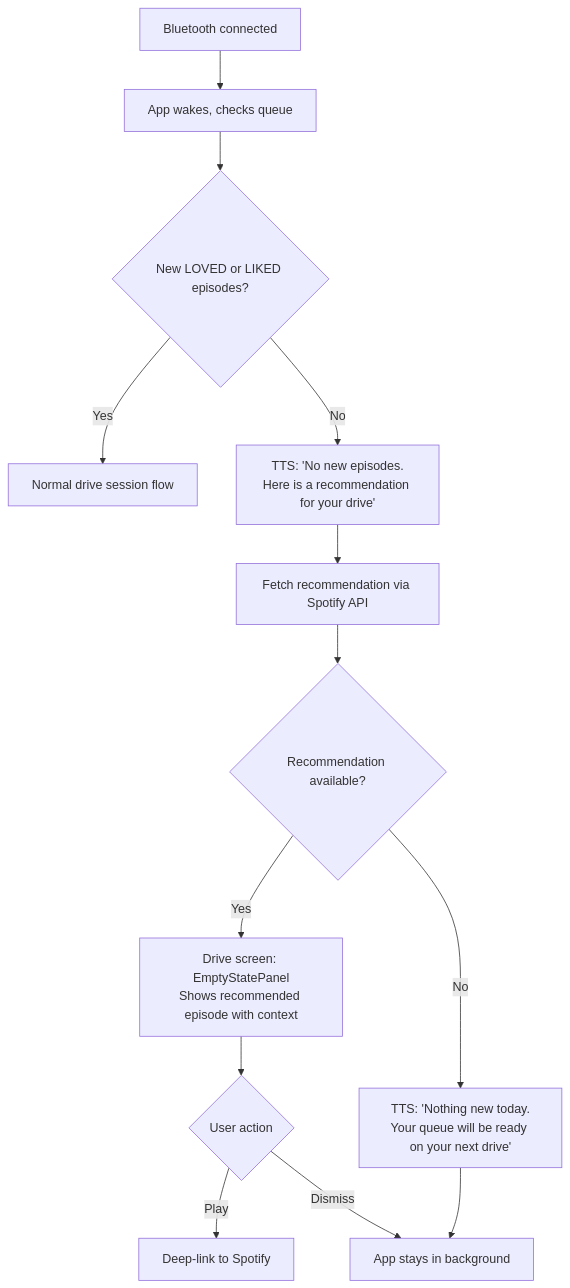
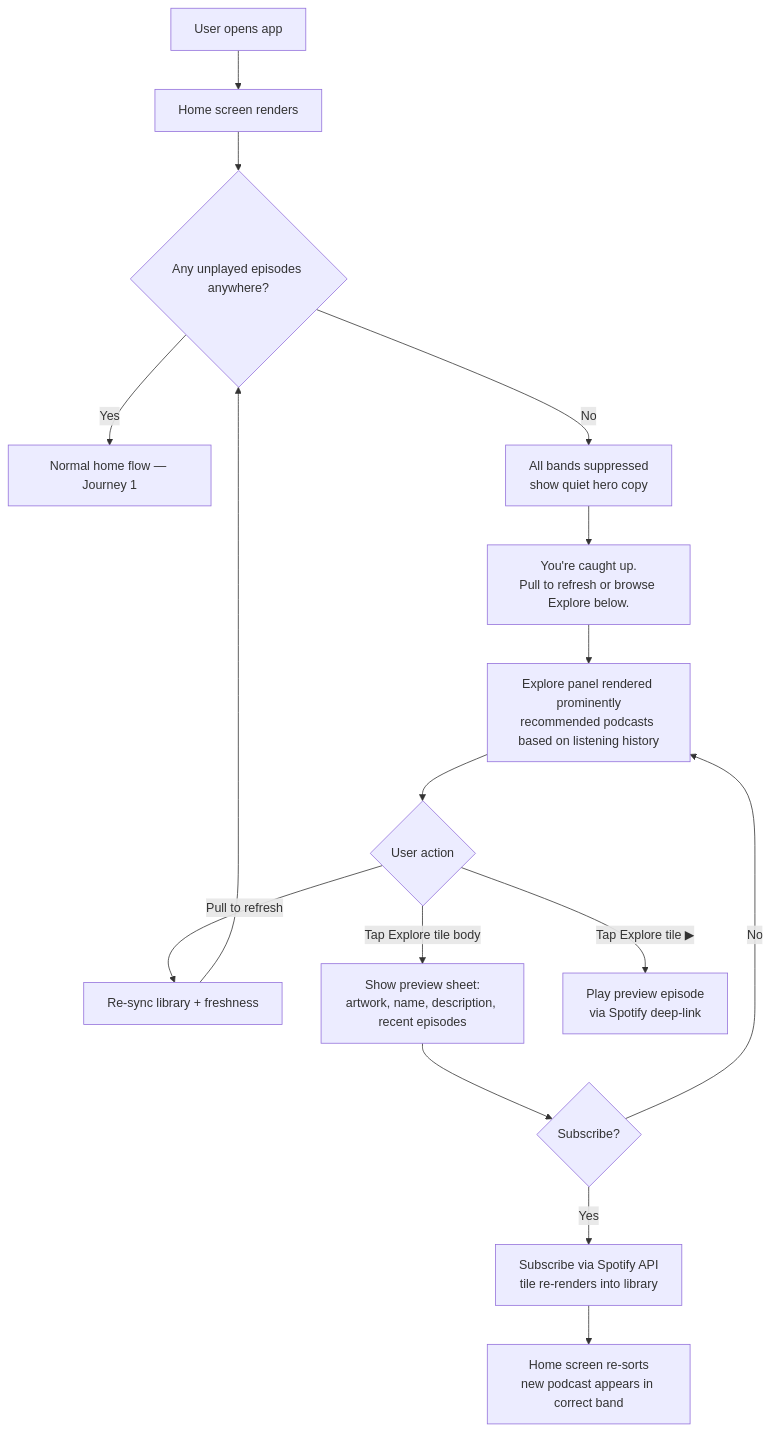
Before and after one commit to ddimitrelos/poddrive: the third of 5 diagrams in _bmad-output/planning-artifacts/ux-design-specification.md, drawn with Mermaid. The commit also changed other lines of this file and 65 other files, not shown here.

````diff
--- a/_bmad-output/planning-artifacts/ux-design-specification.md
+++ b/_bmad-output/planning-artifacts/ux-design-specification.md
@@ -387,15 +527,18 @@
 ```mermaid
 flowchart TD
-    A[Bluetooth connected] --> B[App wakes, checks queue]
-    B --> C{New LOVED or LIKED episodes?}
-    C -- Yes --> D[Normal drive session flow]
-    C -- No --> E[TTS: 'No new episodes.\nHere is a recommendation for your drive']
-    E --> F[Fetch recommendation via Spotify API]
-    F --> G{Recommendation available?}
-    G -- Yes --> H[Drive screen: EmptyStatePanel\nShows recommended episode with context]
-    G -- No --> I[TTS: 'Nothing new today.\nYour queue will be ready on your next drive']
-    H --> J{User action}
-    J -- Play --> K[Deep-link to Spotify]
-    J -- Dismiss --> L[App stays in background]
-    I --> L
+    A[User opens app] --> B[Home screen renders]
+    B --> C{Any unplayed episodes anywhere?}
+    C -- Yes --> D[Normal home flow — Journey 1]
+    C -- No --> E[All bands suppressed<br/>show quiet hero copy]
+    E --> F["You're caught up.<br/>Pull to refresh or browse Explore below."]
+    F --> G[Explore panel rendered prominently<br/>recommended podcasts based on listening history]
+    G --> H{User action}
+    H -- Pull to refresh --> I[Re-sync library + freshness]
+    I --> C
+    H -- Tap Explore tile body --> J[Show preview sheet:<br/>artwork, name, description, recent episodes]
+    H -- Tap Explore tile ▶ --> K[Play preview episode<br/>via Spotify deep-link]
+    J --> L{Subscribe?}
+    L -- Yes --> M[Subscribe via Spotify API<br/>tile re-renders into library]
+    L -- No --> G
+    M --> N[Home screen re-sorts<br/>new podcast appears in correct band]
 ```
````
